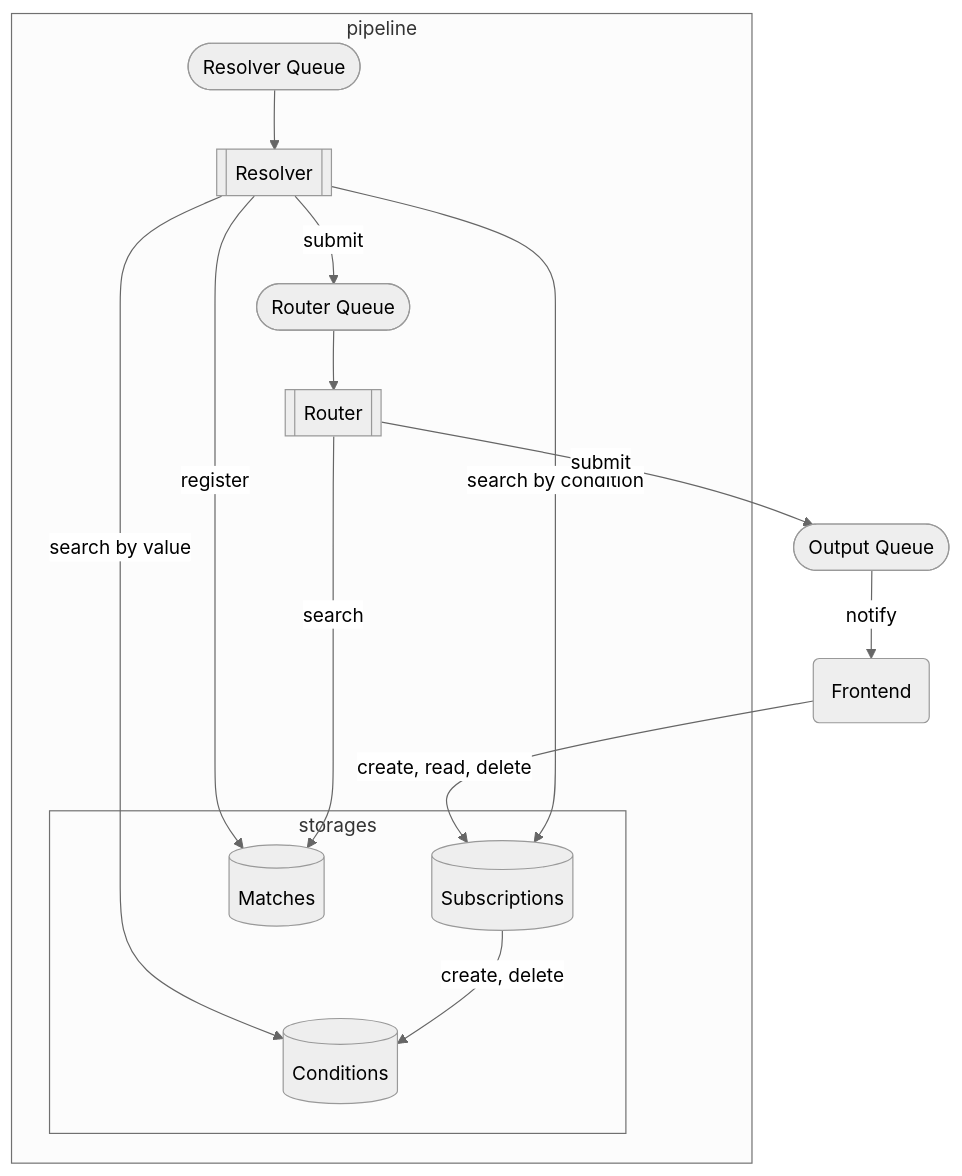
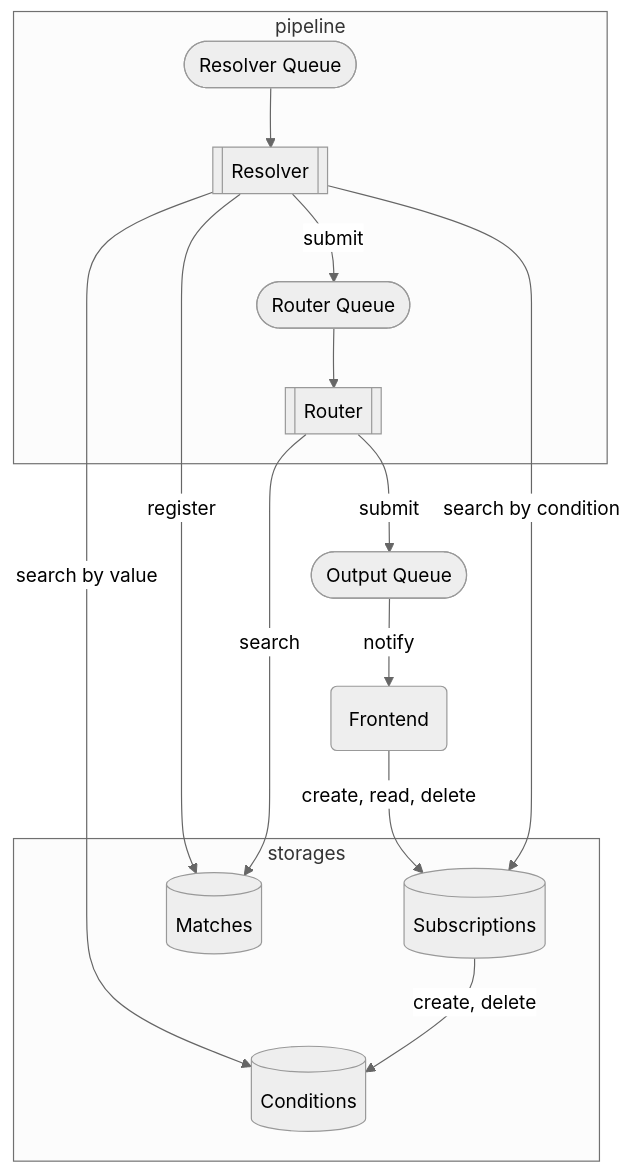
One commit to awakari/.github changed the second of 2 diagrams in profile/README.md. Above: the diagram before and after it, drawn with Mermaid.

````diff
--- a/profile/README.md
+++ b/profile/README.md
@@ -161,23 +161,23 @@
 ```mermaid
 %%{init: {'theme': 'neutral' } }%%
 flowchart TB
+    subgraph storages
+        conditions[(Conditions)]
+        subscriptions[(Subscriptions)]
+        matches[(Matches)]
+    end
     subgraph pipeline
         resolverQueue([Resolver Queue])
         resolver[[Resolver]]
         routerQueue([Router Queue])
         router[[Router]]
-        subgraph storages
-            conditions[(Conditions)]
-            subscriptions[(Subscriptions)]
-            matches[(Matches)]
-        end
     end
     outputQueue([Output Queue])
     frontend(Frontend) -->|create, read, delete| subscriptions
     resolver -->|search by value| conditions
     resolver --> |search by condition| subscriptions
     resolver --> |register| matches
     subscriptions --> |create, delete| conditions
     router --> |search| matches
     resolverQueue --> resolver -->|submit| routerQueue --> router -->|submit| outputQueue -->|notify| frontend
 ```
````
